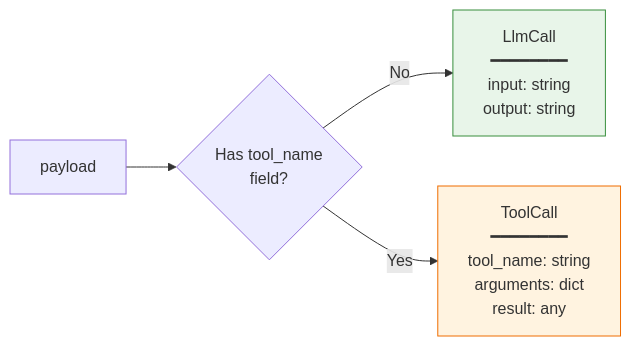
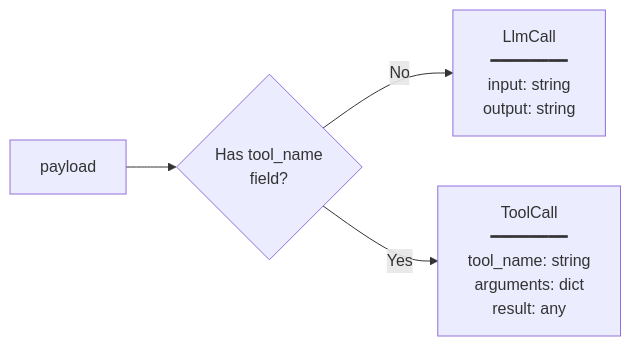
Before and after one commit to agentcontrol/agent-control: the fifth of 6 diagrams in diagrams/05-request-response-models.md, drawn with Mermaid. The commit also changed other lines of this file and 9 other files, not shown here.

````diff
--- a/diagrams/05-request-response-models.md
+++ b/diagrams/05-request-response-models.md
@@ -171,16 +165,13 @@
 ```mermaid
 flowchart LR
     payload["payload"]
     
     check{"Has tool_name<br/>field?"}
     
     llm["LlmCall<br/>━━━━━━━━<br/>input: string<br/>output: string"]
     tool["ToolCall<br/>━━━━━━━━<br/>tool_name: string<br/>arguments: dict<br/>result: any"]
 
     payload --> check
     check -->|No| llm
     check -->|Yes| tool
-
-    style llm fill:#e8f5e9,stroke:#388e3c
-    style tool fill:#fff3e0,stroke:#ef6c00
 ```
````
